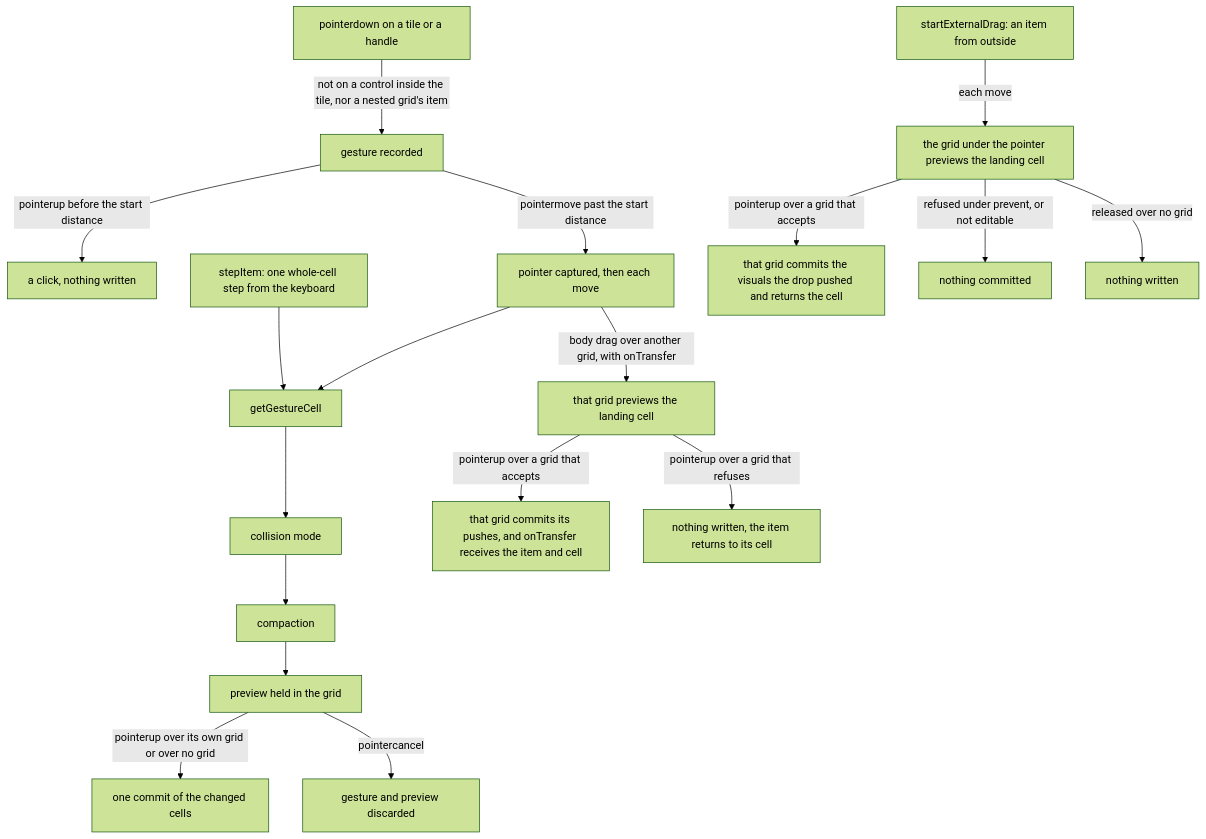
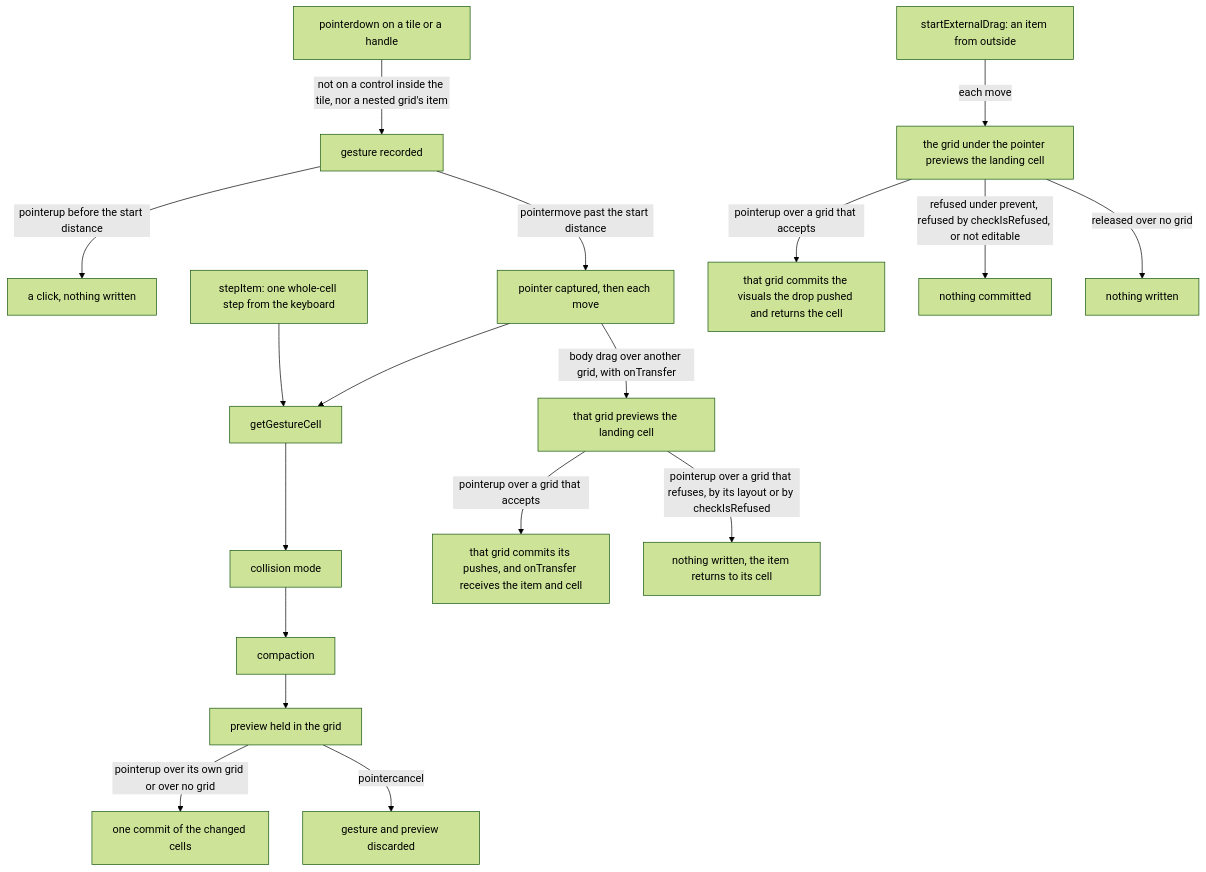
One commit to Esposter/Esposter changed the diagram in openspec/specs/vue-grid-layout-headless/grid-layout/design.md. Above: the diagram before and after it, drawn with Mermaid (forest theme). The commit also changed other lines of this file and 2 other files, not shown here.

First line of the commit message:
docs(vue-grid-layout-headless): a grid's refusal of an item is specified before its landing, and the unmount clears the preview

````diff
--- a/openspec/specs/vue-grid-layout-headless/grid-layout/design.md
+++ b/openspec/specs/vue-grid-layout-headless/grid-layout/design.md
@@ -17,20 +17,20 @@
 ```mermaid
 flowchart TD
   press["pointerdown on a tile or a handle"] -->|"not on a control inside the tile, nor a nested grid's item"| gesture["gesture recorded"]
   gesture -->|"pointerup before the start distance"| click["a click, nothing written"]
   gesture -->|"pointermove past the start distance"| captured["pointer captured, then each move"]
   captured --> cell["getGestureCell"]
   step["stepItem: one whole-cell step from the keyboard"] --> cell
   cell --> collide["collision mode"]
   collide --> compact["compaction"]
   compact --> preview["preview held in the grid"]
   preview -->|"pointerup over its own grid or over no grid"| commit["one commit of the changed cells"]
   preview -->|"pointercancel"| discarded["gesture and preview discarded"]
   captured -->|"body drag over another grid, with onTransfer"| held["that grid previews the landing cell"]
   held -->|"pointerup over a grid that accepts"| handed["that grid commits its pushes, and onTransfer receives the item and cell"]
-  held -->|"pointerup over a grid that refuses"| returned["nothing written, the item returns to its cell"]
+  held -->|"pointerup over a grid that refuses, by its layout or by checkIsRefused"| returned["nothing written, the item returns to its cell"]
   drop["startExternalDrag: an item from outside"] -->|"each move"| ext["the grid under the pointer previews the landing cell"]
   ext -->|"pointerup over a grid that accepts"| accepted["that grid commits the visuals the drop pushed and returns the cell"]
-  ext -->|"refused under prevent, or not editable"| refused["nothing committed"]
+  ext -->|"refused under prevent, refused by checkIsRefused, or not editable"| refused["nothing committed"]
   ext -->|"released over no grid"| dropped["nothing written"]
 ```
````
